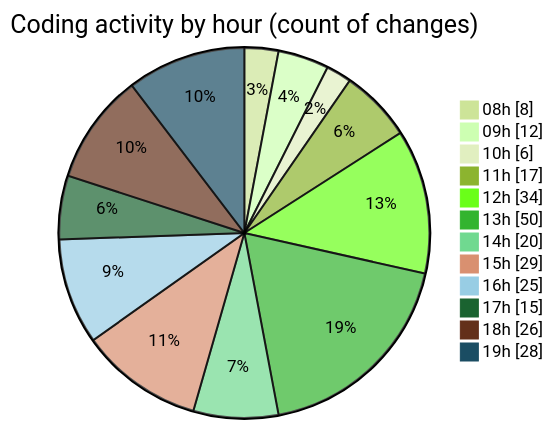
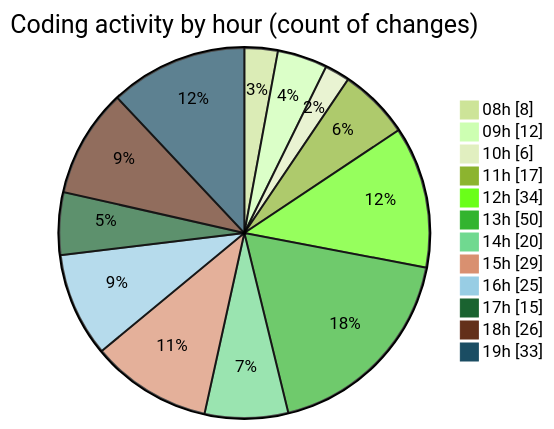
One commit to momahboobian/code-tracking changed the second of 2 diagrams in 2025-09-15/cda/README.md. Above: the diagram before and after it, drawn with Mermaid (forest theme). The commit also changed other lines of this file and 1 other file, not shown here.

````diff
--- a/2025-09-15/cda/README.md
+++ b/2025-09-15/cda/README.md
@@ -37,16 +37,16 @@
 ```mermaid
 pie showData
 title Coding activity by hour (count of changes)
 "08h" : 8
 "09h" : 12
 "10h" : 6
 "11h" : 17
 "12h" : 34
 "13h" : 50
 "14h" : 20
 "15h" : 29
 "16h" : 25
 "17h" : 15
 "18h" : 26
-"19h" : 28
+"19h" : 33
 ```
````
